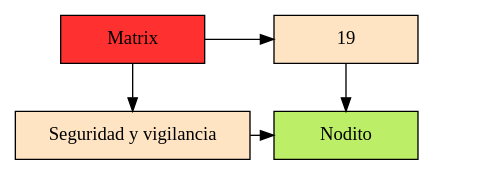
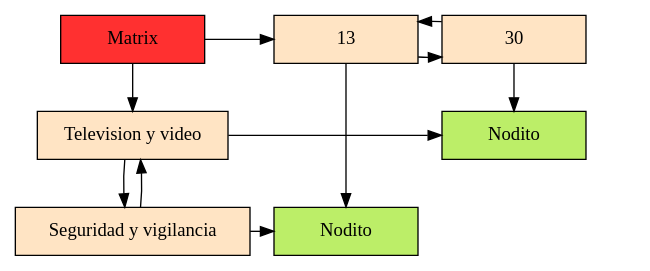
The diagram in EDD_VirtualMall/Backend/Dots/matriz.dot (JAlvarez9/EDD_VirtualMall_201900528), drawn with Graphviz before and after one commit. The commit also changed 15 other files, not shown here.

```diff
--- a/EDD_VirtualMall/Backend/Dots/matriz.dot
+++ b/EDD_VirtualMall/Backend/Dots/matriz.dot
@@ -1,15 +1,25 @@
 digraph G{ 
 node [shape=box] 
  Mt[ label = "Matrix", width = 1.5, style = filled, fillcolor = firebrick1, group = 1 ]; 
 e0[ shape = point, width = 0 ]; 
 e1[ shape = point, width = 0 ]; 
-node0xc00024e0c0 [label = "Seguridad y vigilancia"    width = 1.5 style = filled, fillcolor = bisque1, group = 1 ]; 
-node0xc0002280f0 [label = "19"    width = 1.5 style = filled, fillcolor = bisque1, group = 2 ]; 
-Mt -> node0xc00024e0c0 
-Mt -> node0xc0002280f0 
-{ rank = same; Mt;  node0xc0002280f0;} 
-node0xc0002280f0 -> node0xc000232410; 
-node0xc000232410 [label = "Nodito" style = filled, fillcolor = darkolivegreen2	 width = 1.5, group = 2 ]; 
-node0xc00024e0c0 -> node0xc000232410; 
-{ rank = same; node0xc00024e0c0; node0xc000232410;} 
+node0xc000113020 [label = "Television y video"    width = 1.5 style = filled, fillcolor = bisque1, group = 1 ]; 
+node0xc000113020 -> node0xc000112f60; 
+node0xc000112f60 -> node0xc000113020; 
+node0xc000112f60 [label = "Seguridad y vigilancia"    width = 1.5 style = filled, fillcolor = bisque1, group = 1 ]; 
+node0xc0000e0c80 [label = "13"    width = 1.5 style = filled, fillcolor = bisque1, group = 2 ]; 
+node0xc0000e0c80 -> node0xc0000e0cd0; 
+node0xc0000e0cd0 -> node0xc0000e0c80; 
+node0xc0000e0cd0 [label = "30"    width = 1.5 style = filled, fillcolor = bisque1, group = 3 ]; 
+Mt -> node0xc000113020 
+Mt -> node0xc0000e0c80 
+{ rank = same; Mt;  node0xc0000e0c80;node0xc0000e0cd0;} 
+node0xc0000e0c80 -> node0xc00016e8f0; 
+node0xc00016e8f0 [label = "Nodito" style = filled, fillcolor = darkolivegreen2	 width = 1.5, group = 2 ]; 
+node0xc0000e0cd0 -> node0xc00016e9c0; 
+node0xc00016e9c0 [label = "Nodito" style = filled, fillcolor = darkolivegreen2	 width = 1.5, group = 3 ]; 
+node0xc000113020 -> node0xc00016e9c0; 
+node0xc000112f60 -> node0xc00016e8f0; 
+{ rank = same; node0xc000113020; node0xc00016e9c0;} 
+{ rank = same; node0xc000112f60; node0xc00016e8f0;} 
 } 
```
